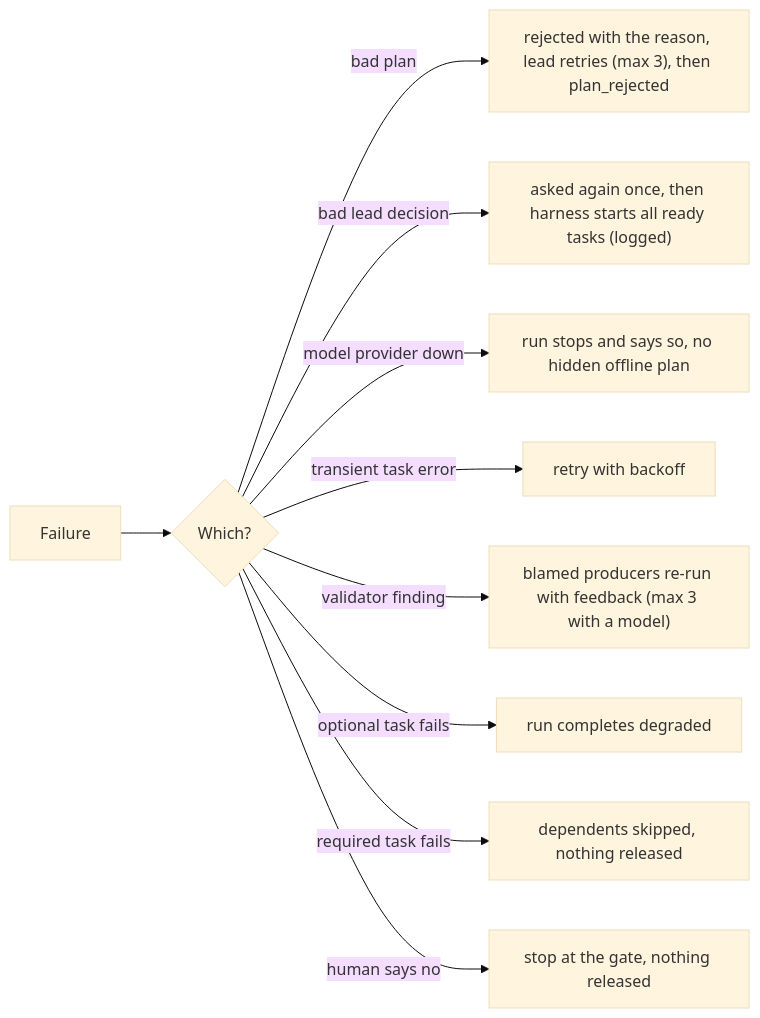
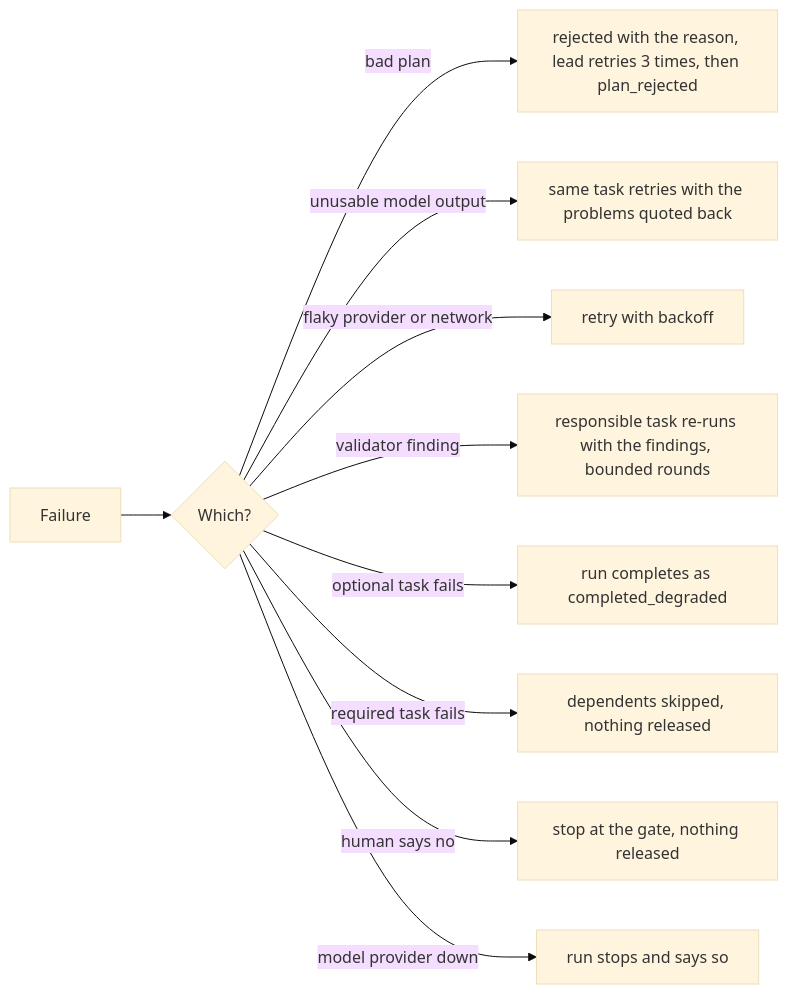
Before and after one commit to rohonmohapatra84/assessment-scwb: the second of 3 diagrams in docs/ARCHITECTURE.md, drawn with Mermaid (base theme). The commit also changed other lines of this file and 10 other files, not shown here.

First line of the commit message:
Docs: prerequisites, hands-on tests first, plain-language architecture, remove overlap

````diff
--- a/docs/ARCHITECTURE.md
+++ b/docs/ARCHITECTURE.md
@@ -141,12 +117,12 @@
 ```mermaid
 flowchart LR
     F["Failure"] --> W{"Which?"}
-    W -- "bad plan" --> P["rejected with the reason, lead retries (max 3), then plan_rejected"]
-    W -- "bad lead decision" --> LD["asked again once, then harness starts all ready tasks (logged)"]
-    W -- "model provider down" --> LP["run stops and says so, no hidden offline plan"]
-    W -- "transient task error" --> RT["retry with backoff"]
-    W -- "validator finding" --> RP["blamed producers re-run with feedback (max 3 with a model)"]
-    W -- "optional task fails" --> DG["run completes degraded"]
+    W -- "bad plan" --> P["rejected with the reason, lead retries 3 times, then plan_rejected"]
+    W -- "unusable model output" --> SC["same task retries with the problems quoted back"]
+    W -- "flaky provider or network" --> RT["retry with backoff"]
+    W -- "validator finding" --> RP["responsible task re-runs with the findings, bounded rounds"]
+    W -- "optional task fails" --> DG["run completes as completed_degraded"]
     W -- "required task fails" --> SK["dependents skipped, nothing released"]
     W -- "human says no" --> VT["stop at the gate, nothing released"]
+    W -- "model provider down" --> LP["run stops and says so"]
 ```
````
